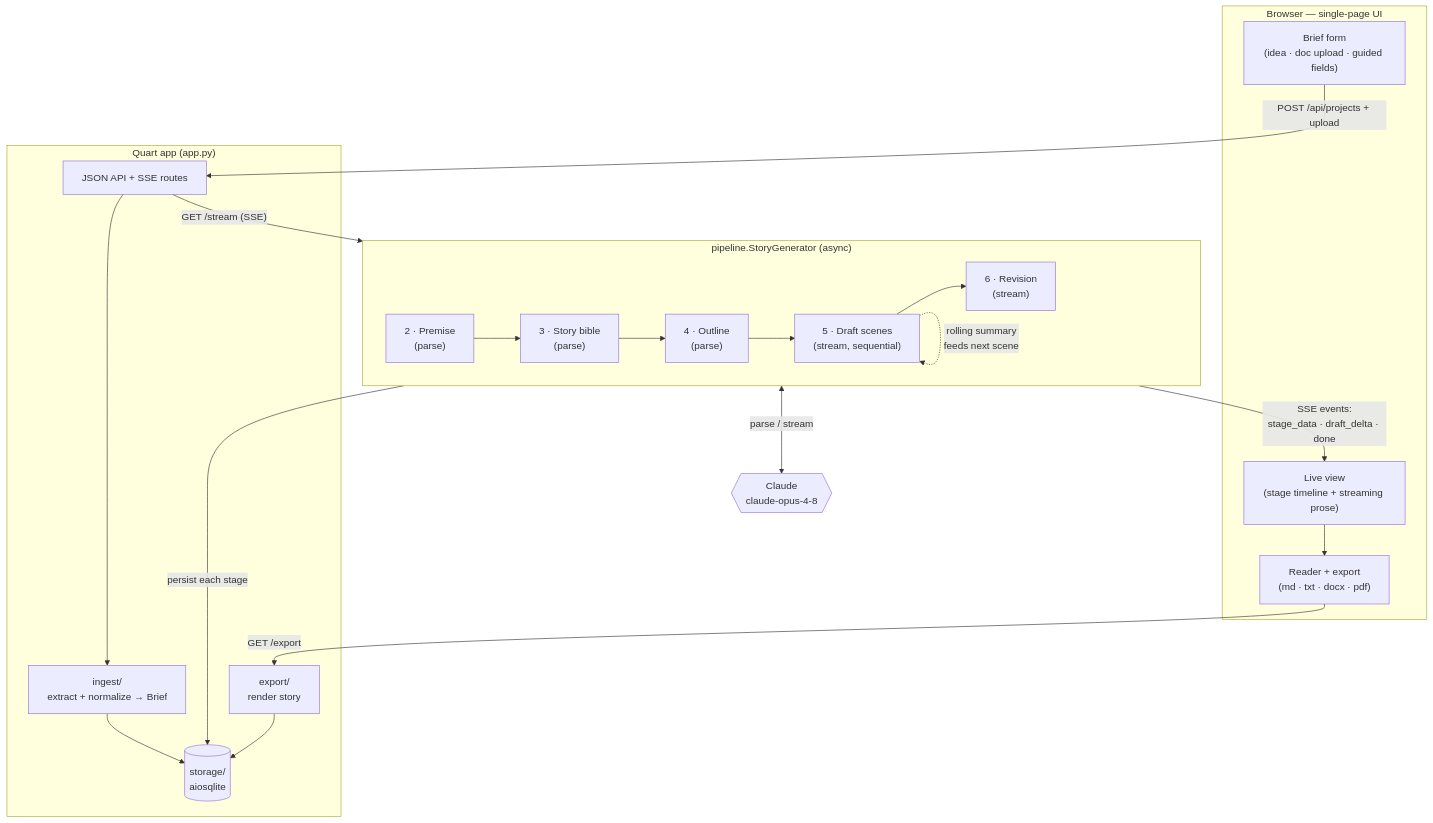
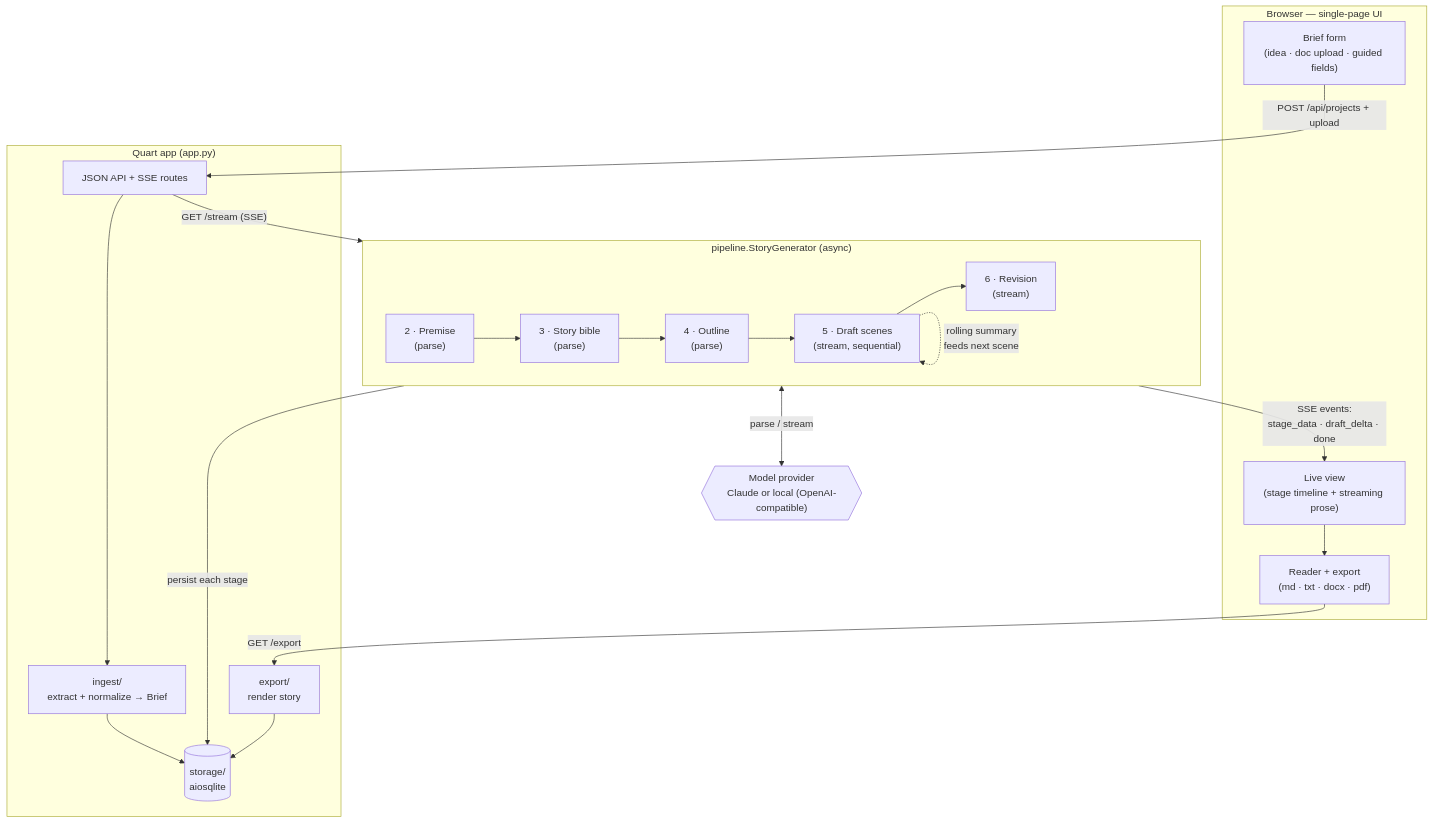
The diagram in README.md (AjaxAcheles/MuseAI), drawn with Mermaid before and after one commit. The commit also changed other lines of this file and 10 other files, not shown here.

Commit message:
added local model support

````diff
--- a/README.md
+++ b/README.md
@@ -13,37 +14,37 @@
 ```mermaid
 flowchart TD
     subgraph Browser["Browser — single-page UI"]
         Form["Brief form<br/>(idea · doc upload · guided fields)"]
         Live["Live view<br/>(stage timeline + streaming prose)"]
         Reader["Reader + export<br/>(md · txt · docx · pdf)"]
     end
 
     subgraph Quart["Quart app (app.py)"]
         API["JSON API + SSE routes"]
         Ingest["ingest/<br/>extract + normalize → Brief"]
         Export["export/<br/>render story"]
         DB[("storage/<br/>aiosqlite")]
     end
 
     subgraph Pipeline["pipeline.StoryGenerator (async)"]
         S2["2 · Premise<br/>(parse)"]
         S3["3 · Story bible<br/>(parse)"]
         S4["4 · Outline<br/>(parse)"]
         S5["5 · Draft scenes<br/>(stream, sequential)"]
         S6["6 · Revision<br/>(stream)"]
     end
 
-    Claude{{"Claude<br/>claude-opus-4-8"}}
+    Claude{{"Model provider<br/>Claude or local (OpenAI-compatible)"}}
 
     Form -->|"POST /api/projects + upload"| API
     API --> Ingest --> DB
     API -->|"GET /stream (SSE)"| Pipeline
     S2 --> S3 --> S4 --> S5 --> S6
     S5 -.->|rolling summary<br/>feeds next scene| S5
     Pipeline <-->|"parse / stream"| Claude
     Pipeline -->|persist each stage| DB
     Pipeline -->|"SSE events:<br/>stage_data · draft_delta · done"| Live
     Live --> Reader
     Reader -->|"GET /export"| Export
     Export --> DB
 ```
````
